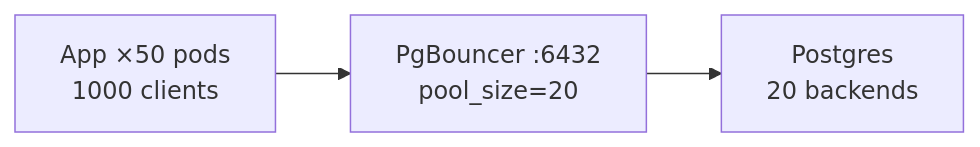
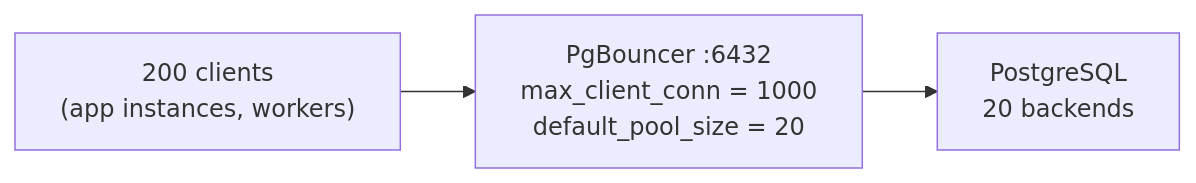
Before and after one commit to wesamkhateeb98-creator/postgresql-zero-to-hero: the first of 2 diagrams in Doc/08-ops-scaling/04-pgbouncer.md, drawn with Mermaid. The commit also changed other lines of this file and 29 other files, not shown here.

````diff
--- a/Doc/08-ops-scaling/04-pgbouncer.md
+++ b/Doc/08-ops-scaling/04-pgbouncer.md
@@ -5,4 +8,5 @@
 ```mermaid
 flowchart LR
-    C1["App ×50 pods<br/>1000 clients"] --> PB["PgBouncer :6432<br/>pool_size=20"] --> PG["Postgres<br/>20 backends"]
+    C["200 clients<br/>(app instances, workers)"] --> PB["PgBouncer :6432<br/>max_client_conn = 1000<br/>default_pool_size = 20"]
+    PB --> PG["PostgreSQL<br/>20 backends"]
 ```
````
